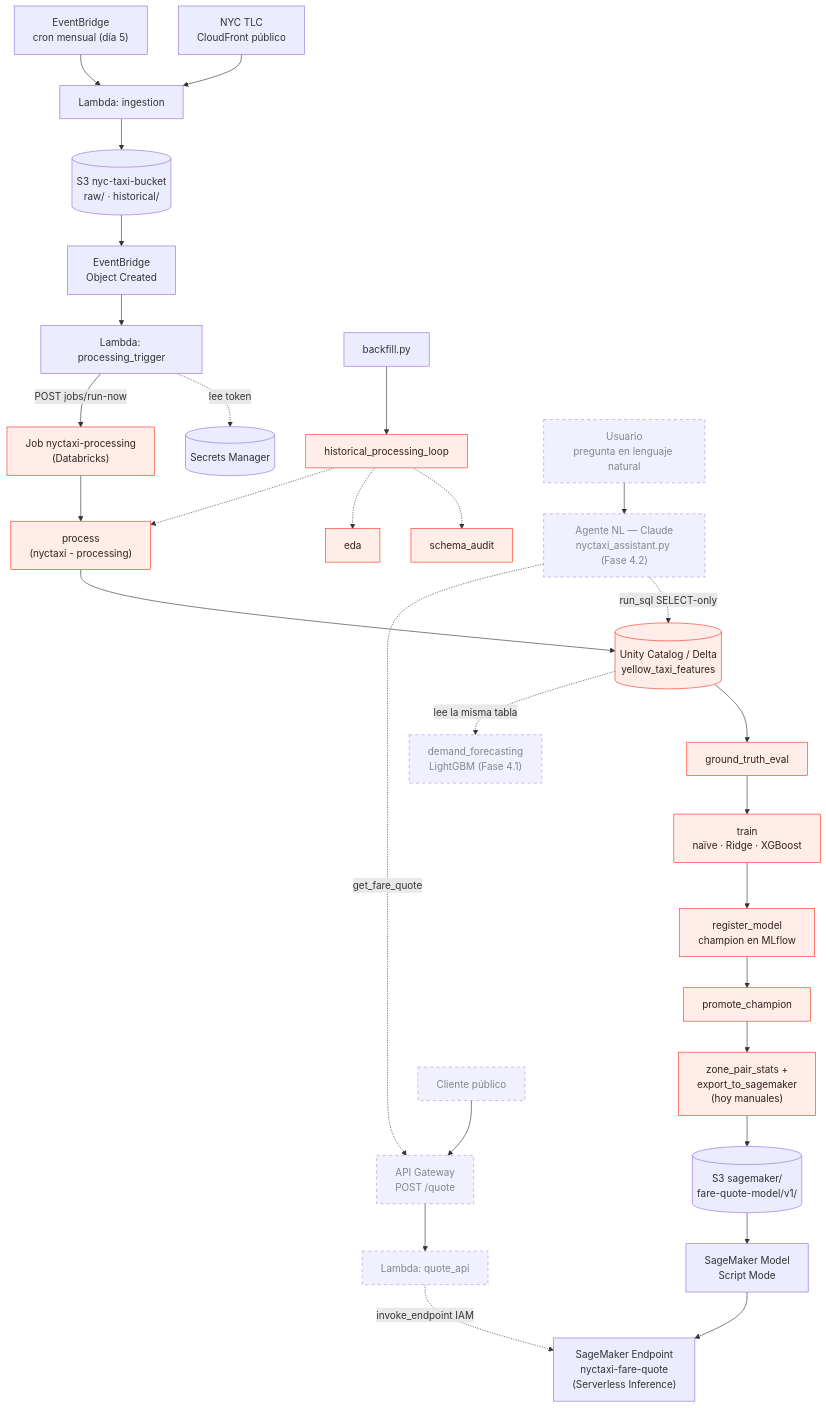
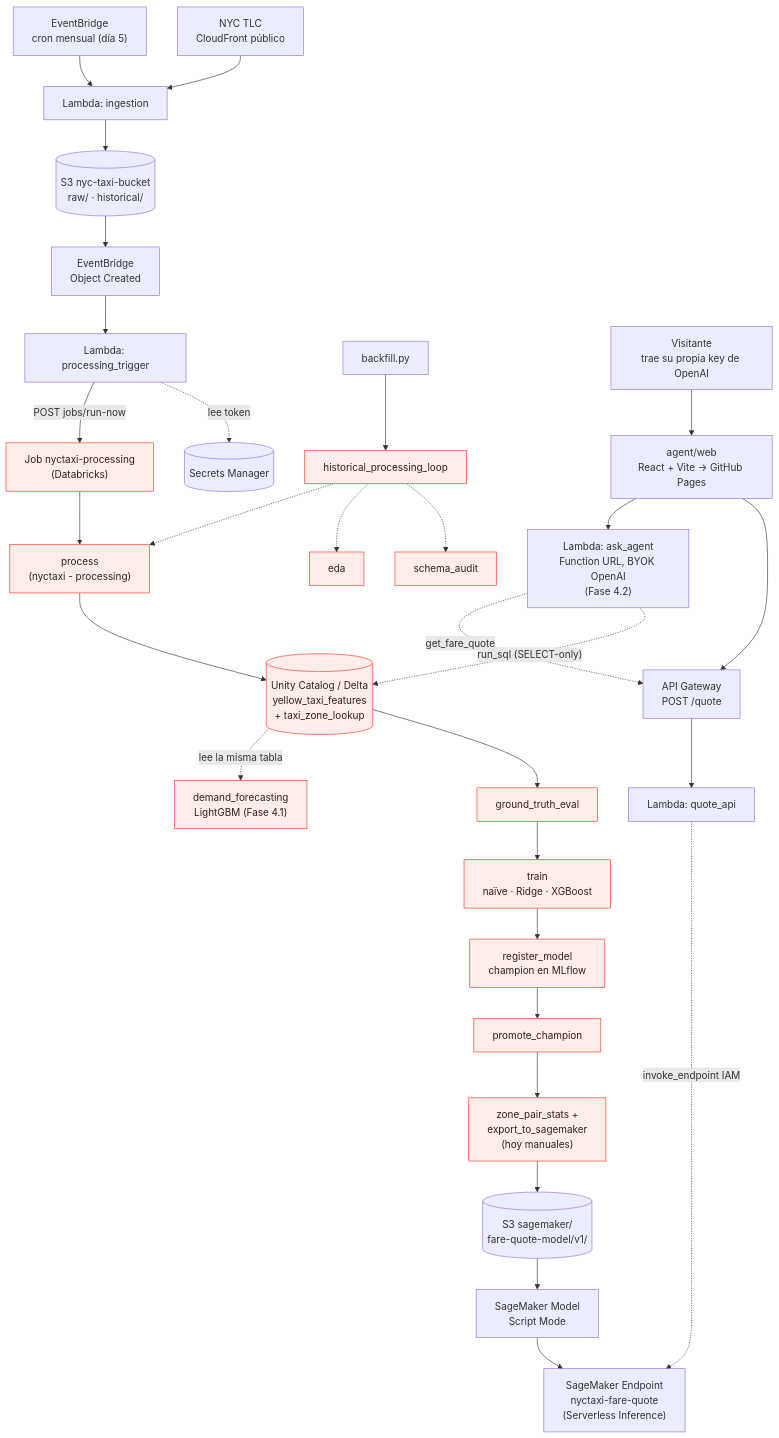
One commit to mmereles/DE-ML-AI---nyctaxi changed the diagram in README.md. Above: the diagram before and after it, drawn with Mermaid. The commit also changed other lines of this file and 1 other file, not shown here.

First line of the commit message:
Actualiza README con el estado real del proyecto (Fase 0 a 4.2)

````diff
--- a/README.md
+++ b/README.md
@@ -9,36 +11,36 @@
 ```mermaid
 flowchart TB
     TLC["NYC TLC<br/>CloudFront público"] --> LamIng
     EBcron["EventBridge<br/>cron mensual (día 5)"] --> LamIng["Lambda: ingestion"]
     LamIng --> S3raw[("S3 nyc-taxi-bucket<br/>raw/ · historical/")]
     S3raw --> EBs3["EventBridge<br/>Object Created"]
     EBs3 --> LamTrig["Lambda: processing_trigger"]
     LamTrig -. lee token .-> Secrets[("Secrets Manager")]
     Backfill["backfill.py"] --> HistLoop["historical_processing_loop"]:::databricks
     HistLoop -.-> SchemaAudit["schema_audit"]:::databricks & EDA["eda"]:::databricks
 
     LamTrig -- "POST jobs/run-now" --> Job["Job nyctaxi-processing<br/>(Databricks)"]:::databricks
     Job --> Process["process<br/>(nyctaxi - processing)"]:::databricks
     HistLoop -.-> Process
-    Process --> Delta[("Unity Catalog / Delta<br/>yellow_taxi_features")]:::databricks
+    Process --> Delta[("Unity Catalog / Delta<br/>yellow_taxi_features<br/>+ taxi_zone_lookup")]:::databricks
     Delta --> GTEval["ground_truth_eval"]:::databricks
     GTEval --> Train["train<br/>naïve · Ridge · XGBoost"]:::databricks
     Train --> Register["register_model<br/>champion en MLflow"]:::databricks
     Register --> Promote["promote_champion"]:::databricks
 
     Promote --> ExportSM["zone_pair_stats +<br/>export_to_sagemaker<br/>(hoy manuales)"]:::databricks
     ExportSM --> S3sm[("S3 sagemaker/<br/>fare-quote-model/v1/")]
     S3sm --> SageModel["SageMaker Model<br/>Script Mode"]
     SageModel --> SageEndpoint["SageMaker Endpoint<br/>nyctaxi-fare-quote<br/>(Serverless Inference)"]
-    QuoteAPI["Lambda: quote_api"]:::pending -. invoke_endpoint IAM .-> SageEndpoint
-    APIGW["API Gateway<br/>POST /quote"]:::pending --> QuoteAPI
-    Cliente["Cliente público"]:::pending --> APIGW
+    QuoteAPI["Lambda: quote_api"] -. invoke_endpoint IAM .-> SageEndpoint
+    APIGW["API Gateway<br/>POST /quote"] --> QuoteAPI
 
-    Delta -. lee la misma tabla .-> Forecast["demand_forecasting<br/>LightGBM (Fase 4.1)"]:::pending
-    Agent["Agente NL — Claude<br/>nyctaxi_assistant.py (Fase 4.2)"]:::pending -. run_sql SELECT-only .-> Delta
+    Delta -. lee la misma tabla .-> Forecast["demand_forecasting<br/>LightGBM (Fase 4.1)"]:::databricks
+    Agent["Lambda: ask_agent<br/>Function URL, BYOK OpenAI<br/>(Fase 4.2)"] -. "run_sql (SELECT-only)" .-> Delta
     Agent -. get_fare_quote .-> APIGW
-    Usuario["Usuario<br/>pregunta en lenguaje natural"]:::pending --> Agent
+    Web["agent/web<br/>React + Vite → GitHub Pages"] --> APIGW
+    Web --> Agent
+    Visitante["Visitante<br/>trae su propia key de OpenAI"] --> Web
 
-    classDef pending stroke-dasharray: 5 5,opacity:0.75
     classDef databricks fill:#FFEDE9,stroke:#FF3621,color:#341F1E
 ```
````
